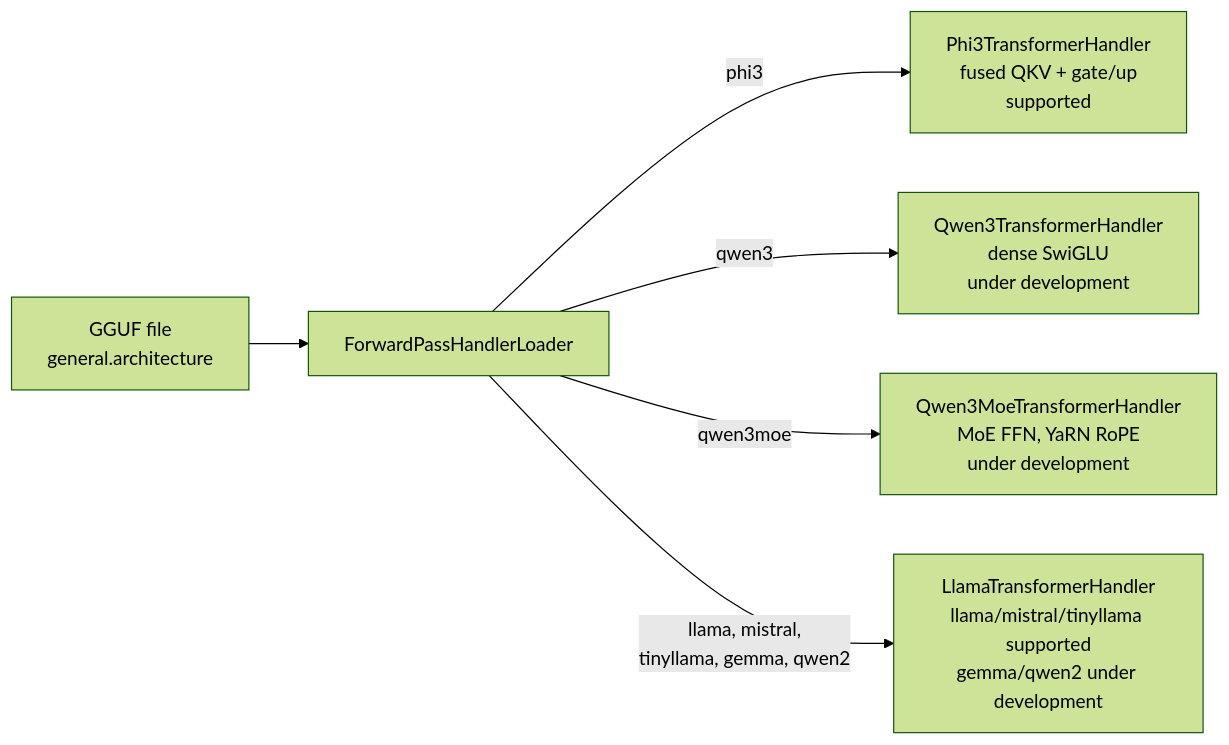
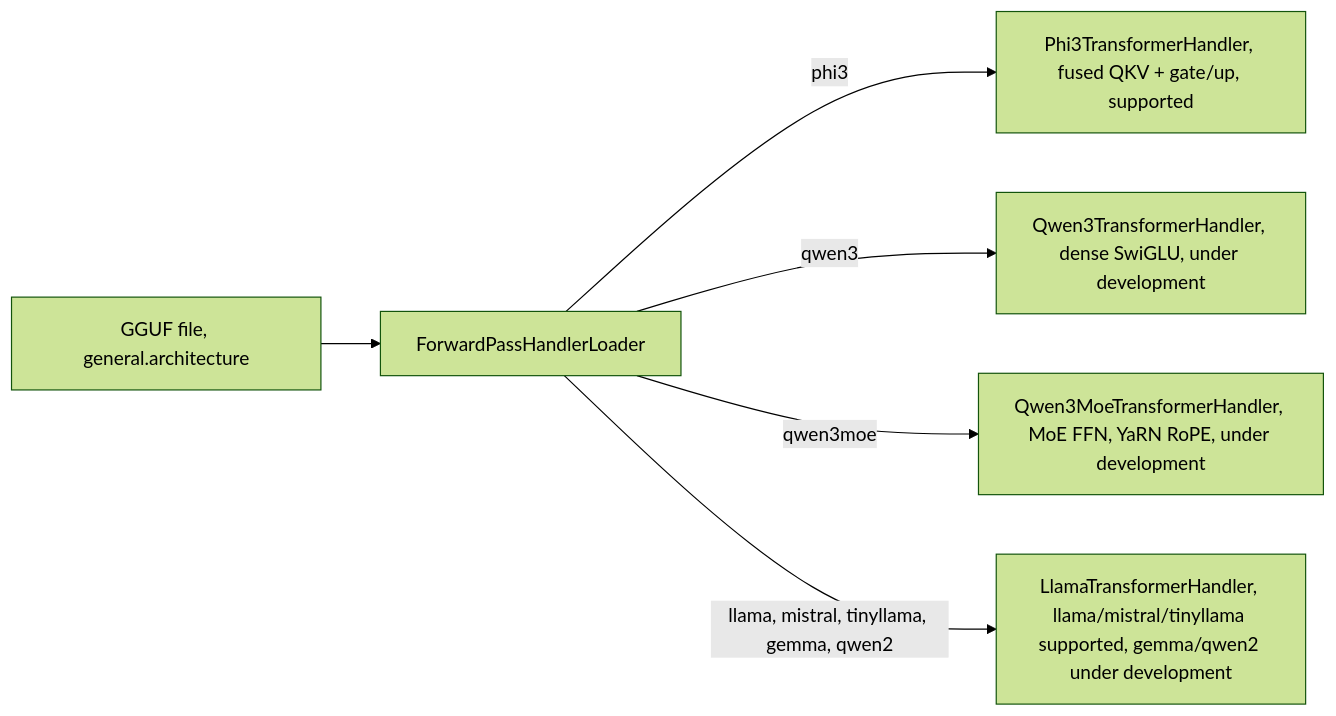
The first of 3 diagrams in juno-documentation/part2/03-handler-routing.md (ml-cab/juno), drawn with Mermaid (forest theme) before and after one commit. The commit also changed other lines of this file and 20 other files, not shown here.

Commit message:
mermaids updated, getting rid of new line character

````diff
--- a/juno-documentation/part2/03-handler-routing.md
+++ b/juno-documentation/part2/03-handler-routing.md
@@ -7,8 +7,8 @@
 ```mermaid
 flowchart LR
-    GGUF["GGUF file\ngeneral.architecture"] --> Loader["ForwardPassHandlerLoader"]
-    Loader -->|"phi3"| Phi3["Phi3TransformerHandler\nfused QKV + gate/up\nsupported"]
-    Loader -->|"qwen3"| Q3["Qwen3TransformerHandler\ndense SwiGLU\nunder development"]
-    Loader -->|"qwen3moe"| Q3M["Qwen3MoeTransformerHandler\nMoE FFN, YaRN RoPE\nunder development"]
-    Loader -->|"llama, mistral,\ntinyllama, gemma, qwen2"| Llama["LlamaTransformerHandler\nllama/mistral/tinyllama supported\ngemma/qwen2 under development"]
+    GGUF["GGUF file, general.architecture"] --> Loader["ForwardPassHandlerLoader"]
+    Loader -->|"phi3"| Phi3["Phi3TransformerHandler, fused QKV + gate/up, supported"]
+    Loader -->|"qwen3"| Q3["Qwen3TransformerHandler, dense SwiGLU, under development"]
+    Loader -->|"qwen3moe"| Q3M["Qwen3MoeTransformerHandler, MoE FFN, YaRN RoPE, under development"]
+    Loader -->|"llama, mistral, tinyllama, gemma, qwen2"| Llama["LlamaTransformerHandler, llama/mistral/tinyllama supported, gemma/qwen2 under development"]
 ```
````
